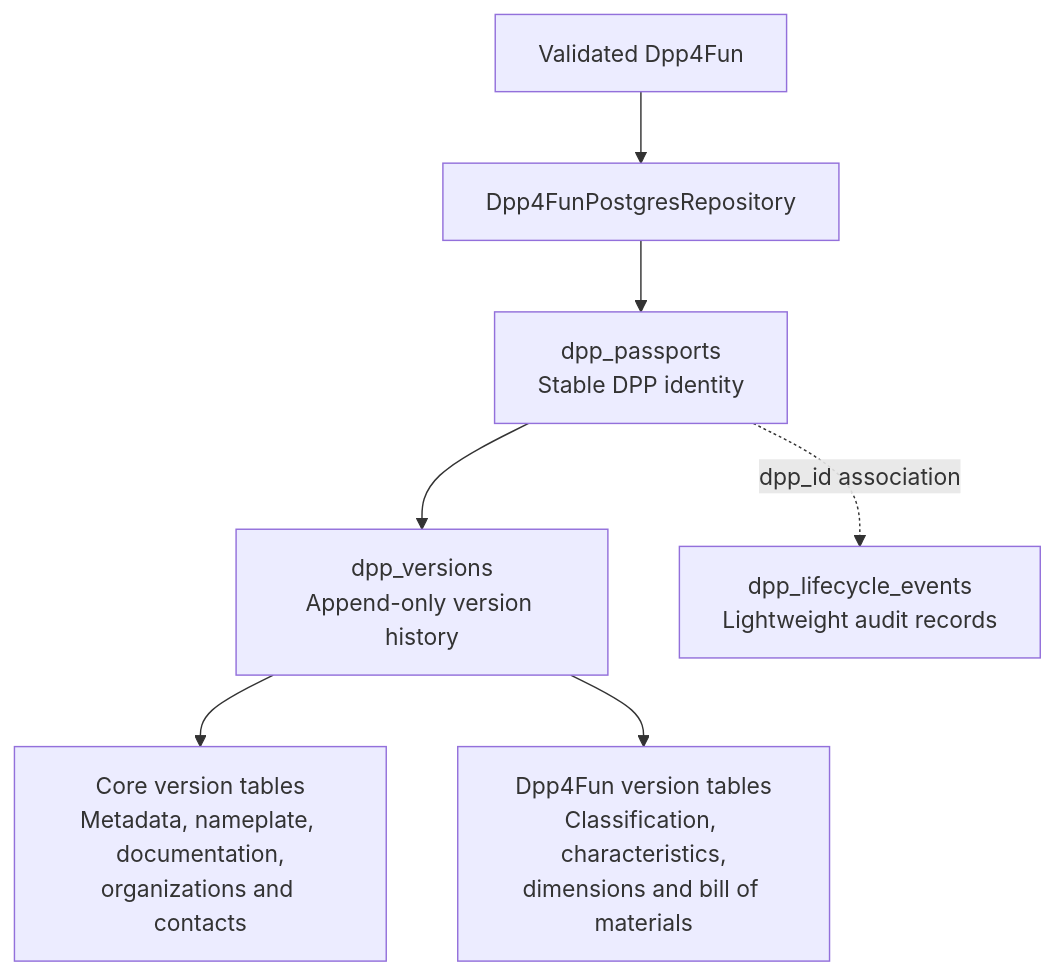
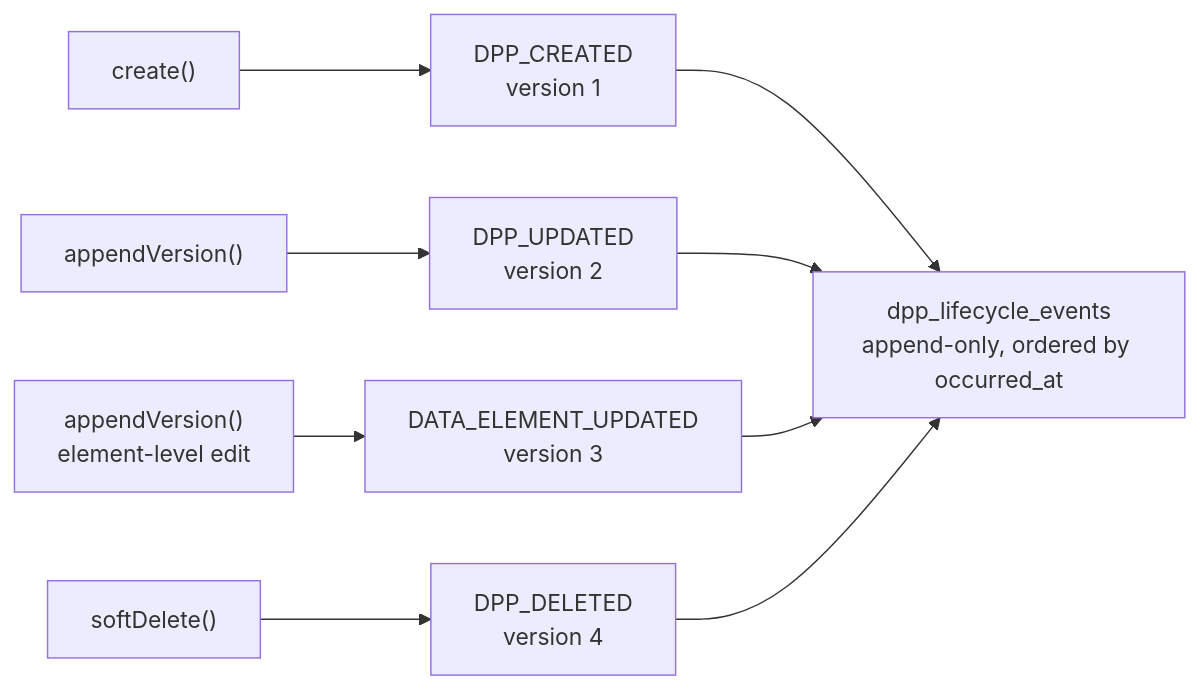
One commit to CIR4FUN-EU/java-dpp-sdk changed the second of 3 diagrams in dpp-postgres/README.md. Above: the diagram before and after it, drawn with Mermaid. The commit also changed other lines of this file and 502 other files, not shown here.

````diff
--- a/dpp-postgres/README.md
+++ b/dpp-postgres/README.md
@@ -9,11 +111,11 @@
 ```mermaid
-flowchart TD
-    A["Validated Dpp4Fun"] --> B["Dpp4FunPostgresRepository"]
-
-    B --> P["dpp_passports<br/>Stable DPP identity"]
-    P --> V["dpp_versions<br/>Append-only version history"]
-    P -. dpp_id association .-> E["dpp_lifecycle_events<br/>Lightweight audit records"]
-
-    V --> C["Core version tables<br/>Metadata, nameplate, documentation,<br/>organizations and contacts"]
-    V --> F["Dpp4Fun version tables<br/>Classification, characteristics,<br/>dimensions and bill of materials"]
+flowchart LR
+    C["create()"] --> E1["DPP_CREATED<br/>version 1"]
+    U["appendVersion()"] --> E2["DPP_UPDATED<br/>version 2"]
+    D["appendVersion()<br/>element-level edit"] --> E3["DATA_ELEMENT_UPDATED<br/>version 3"]
+    X["softDelete()"] --> E4["DPP_DELETED<br/>version 4"]
+    E1 --> T["dpp_lifecycle_events<br/>append-only, ordered by occurred_at"]
+    E2 --> T
+    E3 --> T
+    E4 --> T
 ```
````
